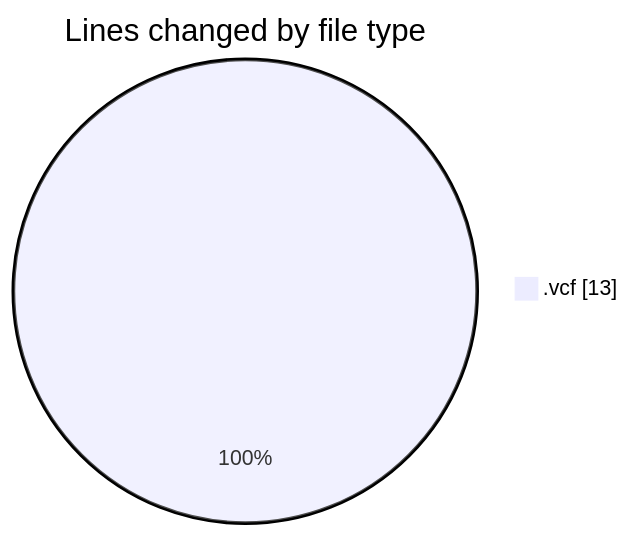
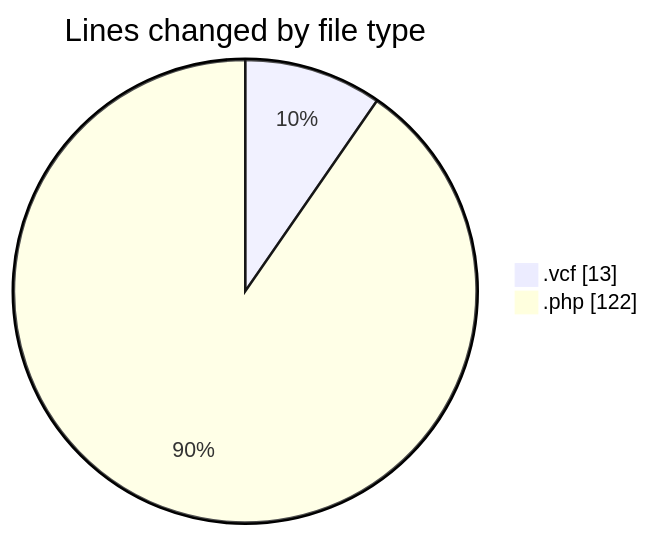
The first of 2 diagrams in 2025-06-03/totem/README.md (LanceThiago/code-tracking), drawn with Mermaid before and after one commit. The commit also changed other lines of this file and 1 other file, not shown here.

````diff
--- a/2025-06-03/totem/README.md
+++ b/2025-06-03/totem/README.md
@@ -20,5 +22,6 @@
 ```mermaid
 pie showData
 title Lines changed by file type
 ".vcf" : 13
+".php" : 122
 ```
````
